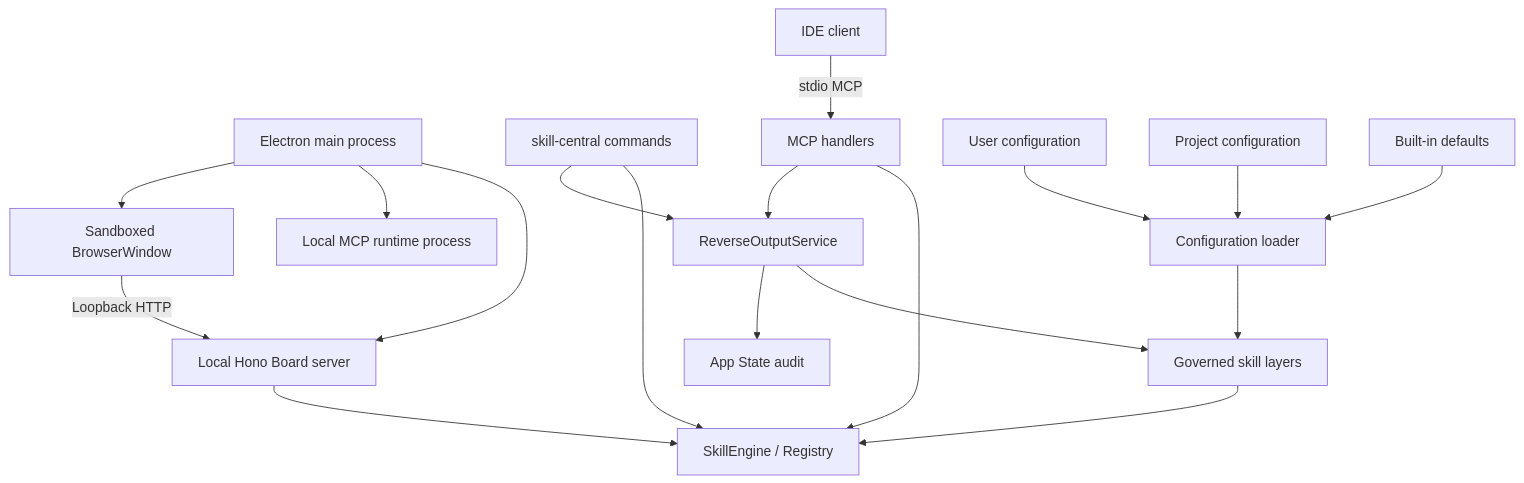
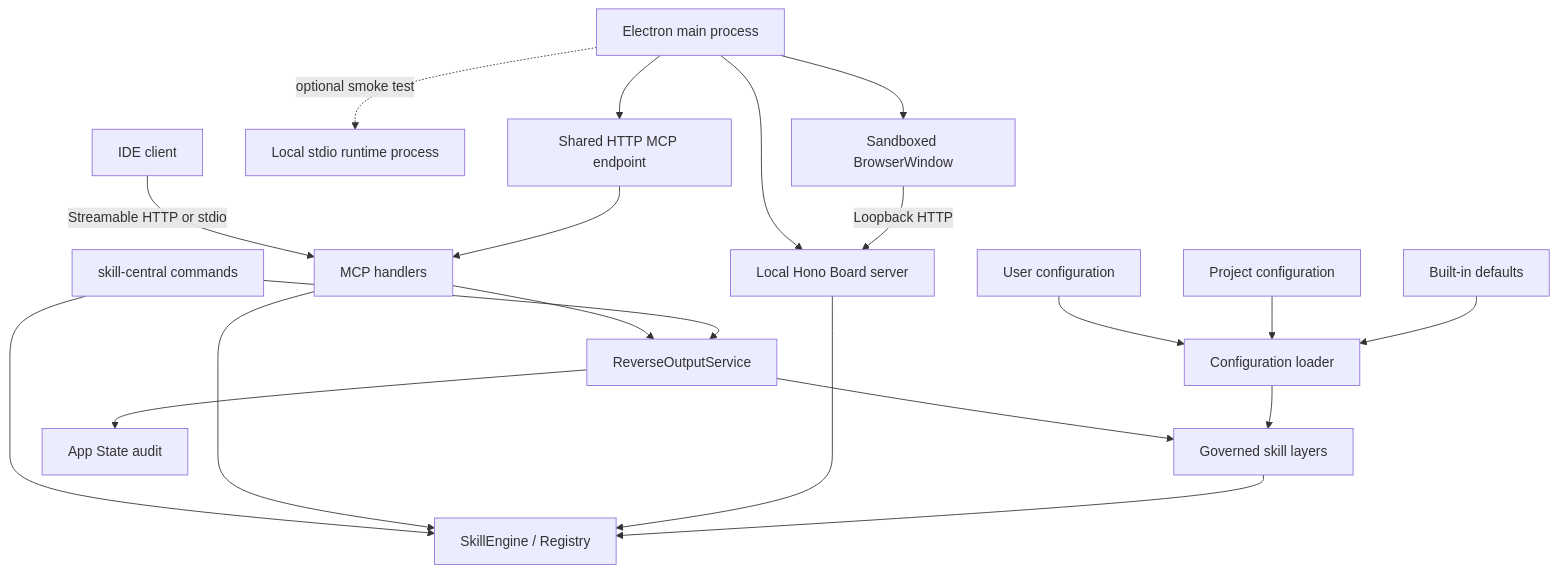
One commit to BobcGn/skill-central changed the first of 5 diagrams in docs/en/architecture.md. Above: the diagram before and after it, drawn with Mermaid. The commit also changed other lines of this file and 31 other files, not shown here.

Commit message:
fix: share desktop MCP process

````diff
--- a/docs/en/architecture.md
+++ b/docs/en/architecture.md
@@ -13,22 +13,24 @@
 ```mermaid
 flowchart TD
     Electron[Electron main process] --> Board[Local Hono Board server]
-    Electron --> Runtime[Local MCP runtime process]
+    Electron --> SharedMCP[Shared HTTP MCP endpoint]
+    Electron -. optional smoke test .-> Runtime[Local stdio runtime process]
     Electron --> Window[Sandboxed BrowserWindow]
     Window -->|Loopback HTTP| Board
 
     CLI[skill-central commands] --> Engine[SkillEngine / Registry]
-    IDE[IDE client] -->|stdio MCP| MCP[MCP handlers]
+    IDE[IDE client] -->|Streamable HTTP or stdio| MCP[MCP handlers]
+    SharedMCP --> MCP
     MCP --> Engine
     MCP --> Reverse[ReverseOutputService]
     CLI --> Reverse
     Reverse --> Layers
     Reverse --> Audit[App State audit]
     Board --> Engine
 
     Global[User configuration] --> Config[Configuration loader]
     Project[Project configuration] --> Config
     Defaults[Built-in defaults] --> Config
     Config --> Layers[Governed skill layers]
     Layers --> Engine
 ```
````
